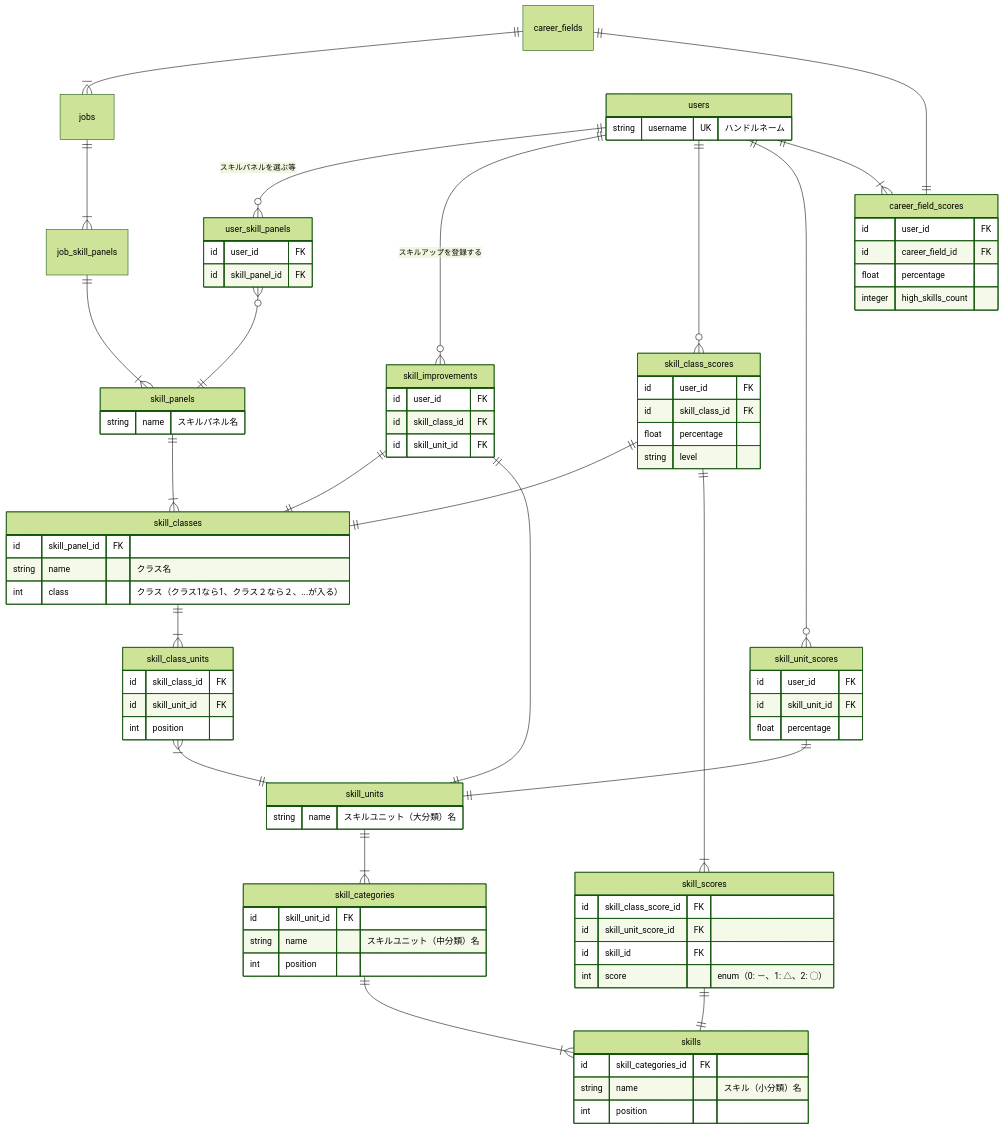
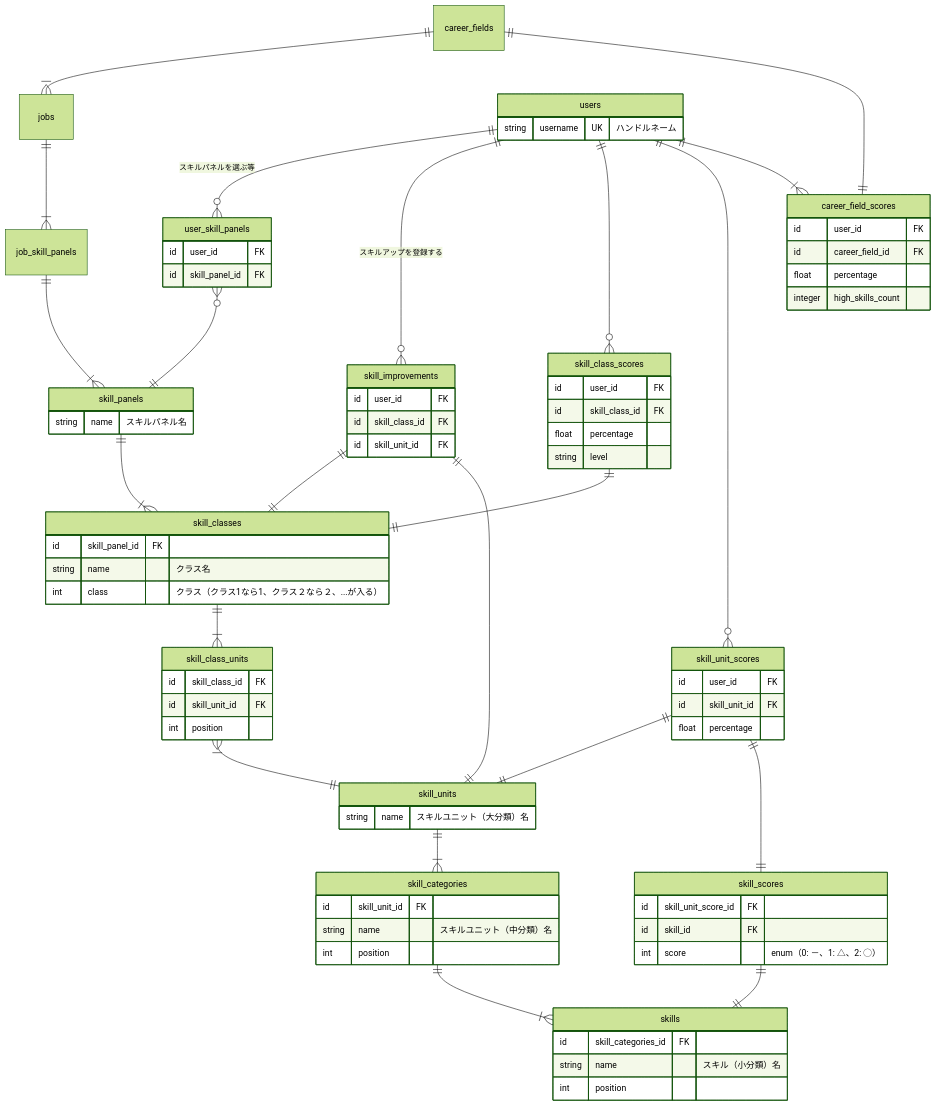
Before and after one commit to bright-org/bright: the second of 2 diagrams in docs/conceptual_schemas/skills.md, drawn with Mermaid (forest theme). The commit also changed other lines of this file, not shown here.

Commit message:
docs: fix スキルスコアの関連整理

```diff
--- a/docs/conceptual_schemas/skills.md
+++ b/docs/conceptual_schemas/skills.md
@@ -70,9 +69,9 @@
   users ||--o{ skill_unit_scores : ""
   users ||--|{ career_field_scores : ""
   skill_class_scores ||--|| skill_classes : ""
-  skill_class_scores ||--|{ skill_scores : ""
   skill_scores ||--|| skills : ""
   skill_unit_scores ||--|| skill_units : ""
+  skill_unit_scores ||--|| skill_scores : ""
   career_fields ||--|| career_field_scores : ""
 
   career_fields {
@@ -145,7 +144,6 @@
   }
 
   skill_scores {
-    id skill_class_score_id FK
     id skill_unit_score_id FK
     id skill_id FK
     int score "enum（0: －、1: △、2: ◯）"
```
